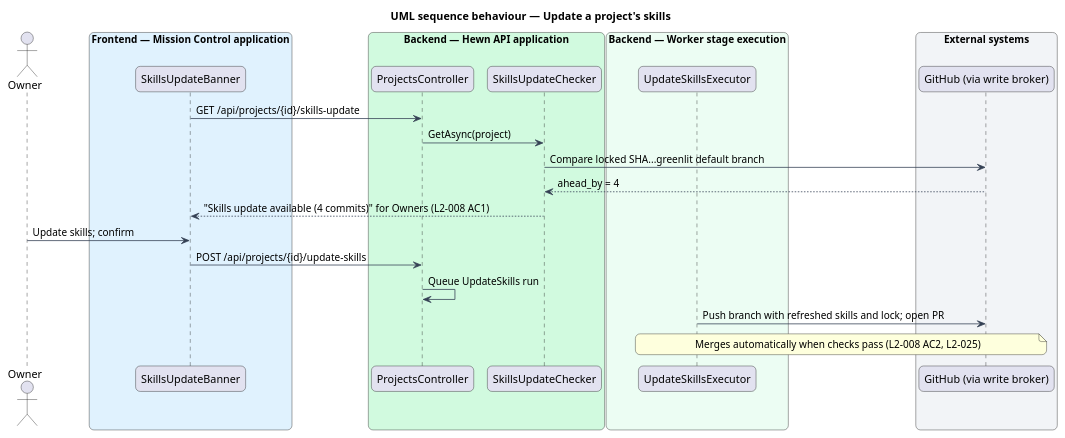
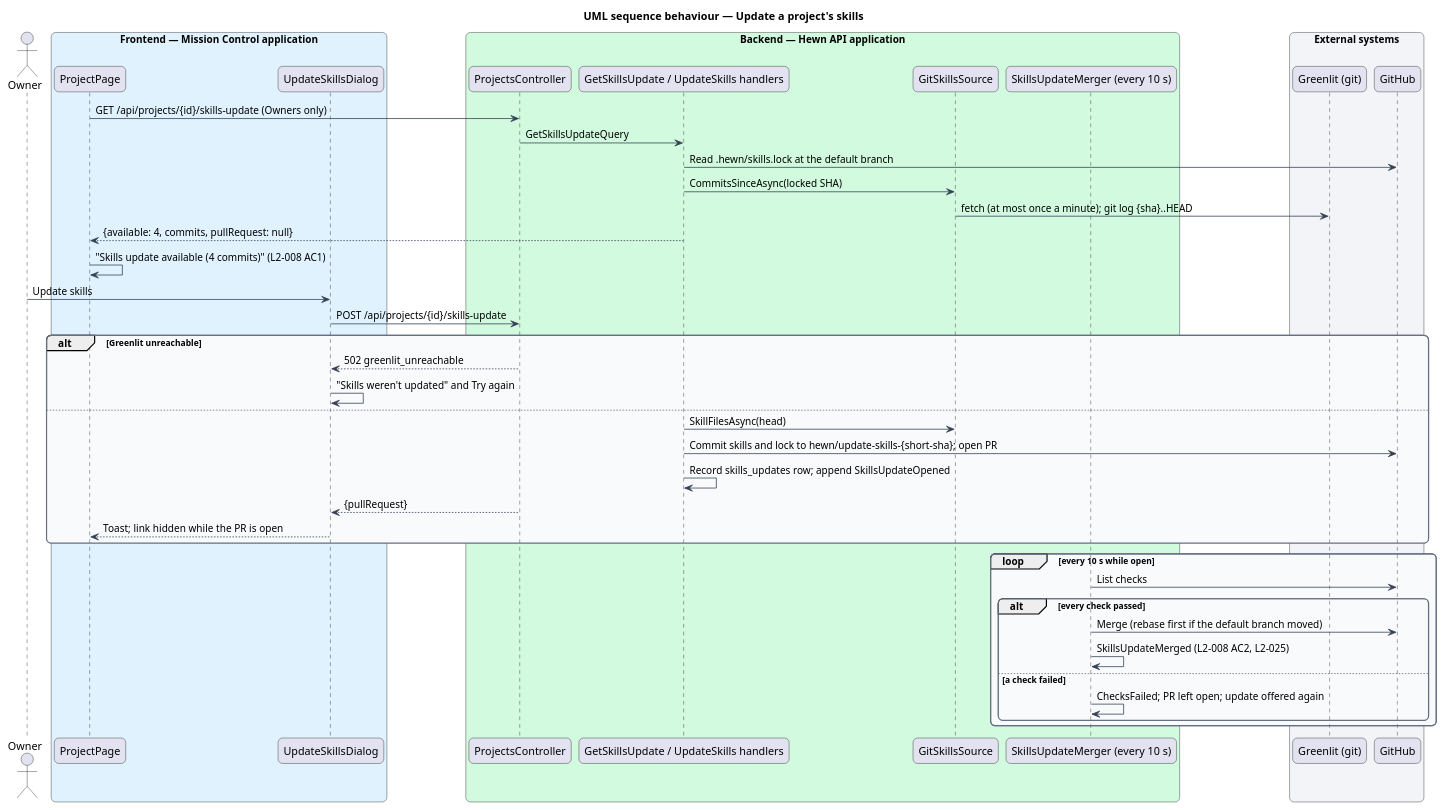
One commit to QuinntyneBrown/hewn changed the diagram in docs/detailed-designs/stages/bootstrap-skills/diagrams/sequence-update.puml. Above: the diagram before and after it, drawn with PlantUML. The commit also changed 66 other files, not shown here.

First line of the commit message:
Update project skills (journey 29, L2-008) (#37)

```diff
--- a/docs/detailed-designs/stages/bootstrap-skills/diagrams/sequence-update.puml
+++ b/docs/detailed-designs/stages/bootstrap-skills/diagrams/sequence-update.puml
@@ -1,42 +1,61 @@
 @startuml
 title UML sequence behaviour — Update a project's skills
 skinparam backgroundColor #FFFFFF
 skinparam shadowing false
 skinparam roundcorner 12
 skinparam defaultFontName Arial
 skinparam ArrowColor #344054
 skinparam rectangle {
   BorderColor #344054
   FontColor #101828
 }
 skinparam package {
   BorderColor #667085
   FontColor #101828
   BackgroundColor #F9FAFB
 }
 skinparam sequenceMessageAlign left
 actor "Owner" as owner
 box "Frontend — Mission Control application" #E0F2FE
-  participant "SkillsUpdateBanner" as banner
+  participant "ProjectPage" as page
+  participant "UpdateSkillsDialog" as dlg
 end box
 box "Backend — Hewn API application" #D1FADF
   participant "ProjectsController" as ctrl
-  participant "SkillsUpdateChecker" as chk
-end box
-box "Backend — Worker stage execution" #ECFDF3
-  participant "UpdateSkillsExecutor" as upd
+  participant "GetSkillsUpdate / UpdateSkills handlers" as h
+  participant "GitSkillsSource" as src
+  participant "SkillsUpdateMerger (every 10 s)" as merge
 end box
 box "External systems" #F2F4F7
-  participant "GitHub (via write broker)" as gh
+  participant "Greenlit (git)" as greenlit
+  participant "GitHub" as gh
 end box
-banner -> ctrl : GET /api/projects/{id}/skills-update
-ctrl -> chk : GetAsync(project)
-chk -> gh : Compare locked SHA...greenlit default branch
-gh --> chk : ahead_by = 4
-chk --> banner : "Skills update available (4 commits)" for Owners (L2-008 AC1)
-owner -> banner : Update skills; confirm
-banner -> ctrl : POST /api/projects/{id}/update-skills
-ctrl -> ctrl : Queue UpdateSkills run
-upd -> gh : Push branch with refreshed skills and lock; open PR
-note over upd, gh : Merges automatically when checks pass (L2-008 AC2, L2-025)
+page -> ctrl : GET /api/projects/{id}/skills-update (Owners only)
+ctrl -> h : GetSkillsUpdateQuery
+h -> gh : Read .hewn/skills.lock at the default branch
+h -> src : CommitsSinceAsync(locked SHA)
+src -> greenlit : fetch (at most once a minute); git log {sha}..HEAD
+h --> page : {available: 4, commits, pullRequest: null}
+page -> page : "Skills update available (4 commits)" (L2-008 AC1)
+owner -> dlg : Update skills
+dlg -> ctrl : POST /api/projects/{id}/skills-update
+alt Greenlit unreachable
+  ctrl --> dlg : 502 greenlit_unreachable
+  dlg -> dlg : "Skills weren't updated" and Try again
+else
+  h -> src : SkillFilesAsync(head)
+  h -> gh : Commit skills and lock to hewn/update-skills-{short-sha}; open PR
+  h -> h : Record skills_updates row; append SkillsUpdateOpened
+  ctrl --> dlg : {pullRequest}
+  dlg --> page : Toast; link hidden while the PR is open
+end
+loop every 10 s while open
+  merge -> gh : List checks
+  alt every check passed
+    merge -> gh : Merge (rebase first if the default branch moved)
+    merge -> merge : SkillsUpdateMerged (L2-008 AC2, L2-025)
+  else a check failed
+    merge -> merge : ChecksFailed; PR left open; update offered again
+  end
+end
 @enduml
```
